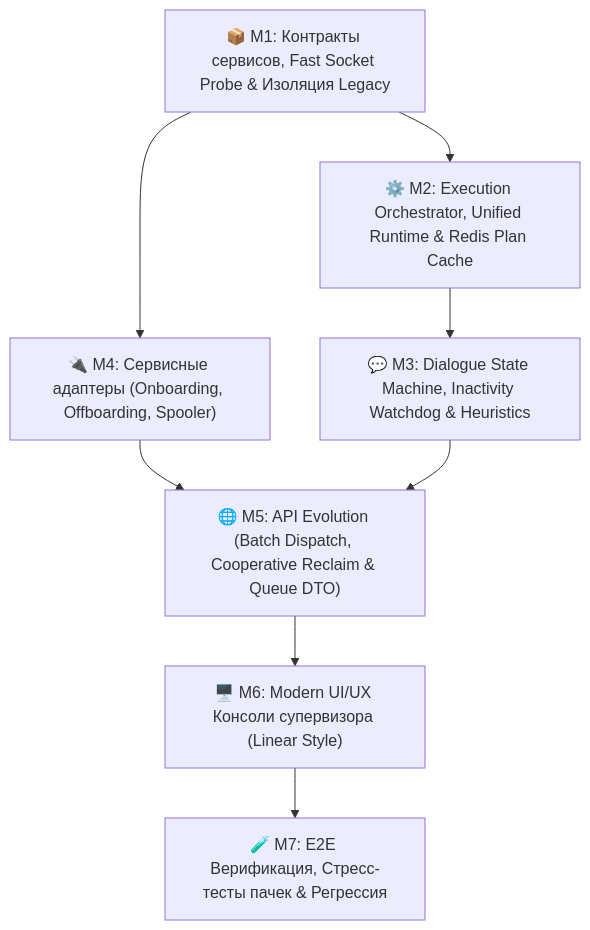
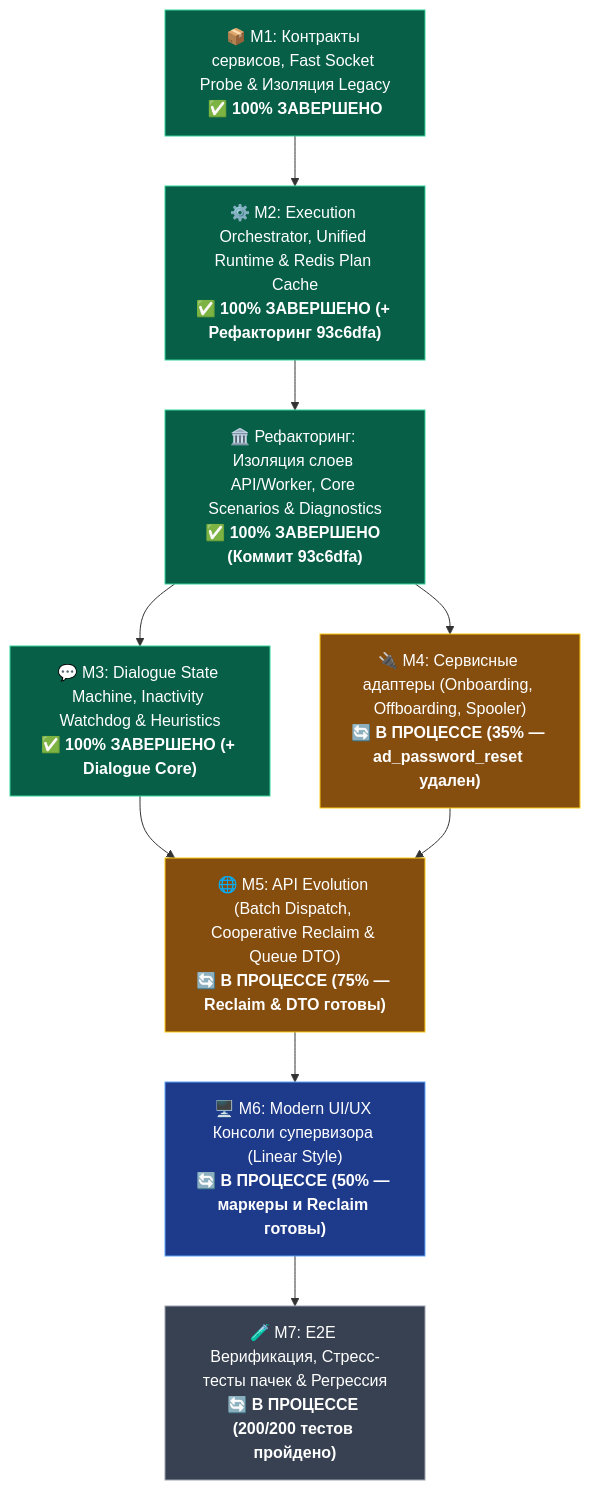
The diagram in docs/plans/v2-universal-scenario-core-plan.md (Unlesssebl/IntraLink), drawn with Mermaid before and after one commit. The commit also changed other lines of this file and 20 other files, not shown here.

````diff
--- a/docs/plans/v2-universal-scenario-core-plan.md
+++ b/docs/plans/v2-universal-scenario-core-plan.md
@@ -34,18 +41,29 @@
 ```mermaid
 flowchart TD
-    M1["📦 M1: Контракты сервисов, Fast Socket Probe & Изоляция Legacy"]
-    M2["⚙️ M2: Execution Orchestrator, Unified Runtime & Redis Plan Cache"]
-    M3["💬 M3: Dialogue State Machine, Inactivity Watchdog & Heuristics"]
-    M4["🔌 M4: Сервисные адаптеры (Onboarding, Offboarding, Spooler)"]
-    M5["🌐 M5: API Evolution (Batch Dispatch, Cooperative Reclaim & Queue DTO)"]
-    M6["🖥️ M6: Modern UI/UX Консоли супервизора (Linear Style)"]
-    M7["🧪 M7: E2E Верификация, Стресс-тесты пачек & Регрессия"]
+    M1["📦 M1: Контракты сервисов, Fast Socket Probe & Изоляция Legacy<br/><b>✅ 100% ЗАВЕРШЕНО</b>"]
+    M2["⚙️ M2: Execution Orchestrator, Unified Runtime & Redis Plan Cache<br/><b>✅ 100% ЗАВЕРШЕНО (+ Рефакторинг 93c6dfa)</b>"]
+    M3["💬 M3: Dialogue State Machine, Inactivity Watchdog & Heuristics<br/><b>✅ 100% ЗАВЕРШЕНО (+ Dialogue Core)</b>"]
+    ARCH["🏛️ Рефакторинг: Изоляция слоев API/Worker, Core Scenarios & Diagnostics<br/><b>✅ 100% ЗАВЕРШЕНО (Коммит 93c6dfa)</b>"]
+    M4["🔌 M4: Сервисные адаптеры (Onboarding, Offboarding, Spooler)<br/><b>🔄 В ПРОЦЕССЕ (35% — ad_password_reset удален)</b>"]
+    M5["🌐 M5: API Evolution (Batch Dispatch, Cooperative Reclaim & Queue DTO)<br/><b>🔄 В ПРОЦЕССЕ (75% — Reclaim & DTO готовы)</b>"]
+    M6["🖥️ M6: Modern UI/UX Консоли супервизора (Linear Style)<br/><b>🔄 В ПРОЦЕССЕ (50% — маркеры и Reclaim готовы)</b>"]
+    M7["🧪 M7: E2E Верификация, Стресс-тесты пачек & Регрессия<br/><b>🔄 В ПРОЦЕССЕ (200/200 тестов пройдено)</b>"]
 
     M1 --> M2
-    M1 --> M4
-    M2 --> M3
+    M2 --> ARCH
+    ARCH --> M3
+    ARCH --> M4
+    M3 --> M5
     M4 --> M5
-    M3 --> M5
     M5 --> M6
     M6 --> M7
+
+    style M1 fill:#065f46,stroke:#34d399,color:#fff
+    style M2 fill:#065f46,stroke:#34d399,color:#fff
+    style M3 fill:#065f46,stroke:#34d399,color:#fff
+    style ARCH fill:#065f46,stroke:#34d399,color:#fff
+    style M4 fill:#854d0e,stroke:#facc15,color:#fff
+    style M5 fill:#854d0e,stroke:#facc15,color:#fff
+    style M6 fill:#1e3a8a,stroke:#60a5fa,color:#fff
+    style M7 fill:#374151,stroke:#9ca3af,color:#fff
 ```
````
